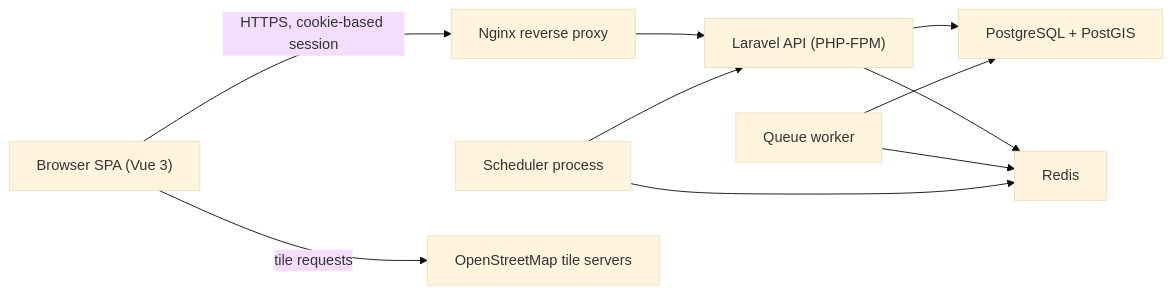
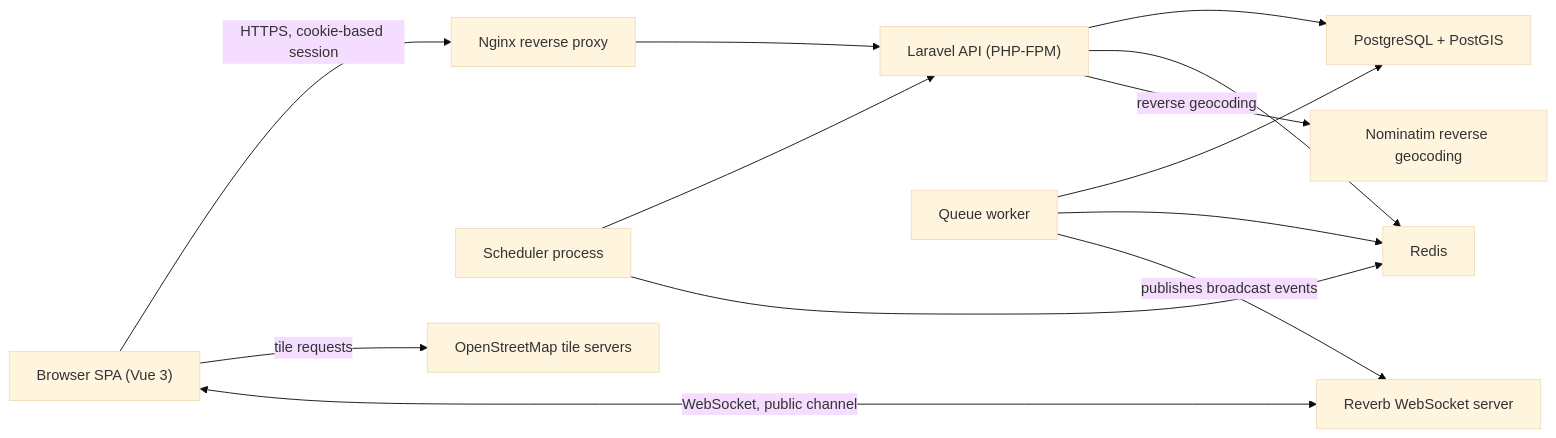
One commit to OdellChacon/Test-Map-Platform changed the first of 2 diagrams in ARCHITECTURE.md. Above: the diagram before and after it, drawn with Mermaid (base theme). The commit also changed other lines of this file and 5 other files, not shown here.

````diff
--- a/ARCHITECTURE.md
+++ b/ARCHITECTURE.md
@@ -7,21 +7,26 @@
 ```mermaid
 flowchart LR
     Browser["Browser SPA (Vue 3)"]
     Nginx["Nginx reverse proxy"]
     PhpFpm["Laravel API (PHP-FPM)"]
     Worker["Queue worker"]
     Scheduler["Scheduler process"]
+    Reverb["Reverb WebSocket server"]
     Postgres["PostgreSQL + PostGIS"]
     Redis["Redis"]
     OsmTiles["OpenStreetMap tile servers"]
+    Nominatim["Nominatim reverse geocoding"]
 
     Browser -->|HTTPS, cookie-based session| Nginx
     Browser -->|tile requests| OsmTiles
+    Browser <-->|WebSocket, public channel| Reverb
     Nginx --> PhpFpm
     PhpFpm --> Postgres
     PhpFpm --> Redis
+    PhpFpm -->|reverse geocoding| Nominatim
     Worker --> Postgres
     Worker --> Redis
+    Worker -->|publishes broadcast events| Reverb
     Scheduler --> PhpFpm
     Scheduler --> Redis
 ```
````
